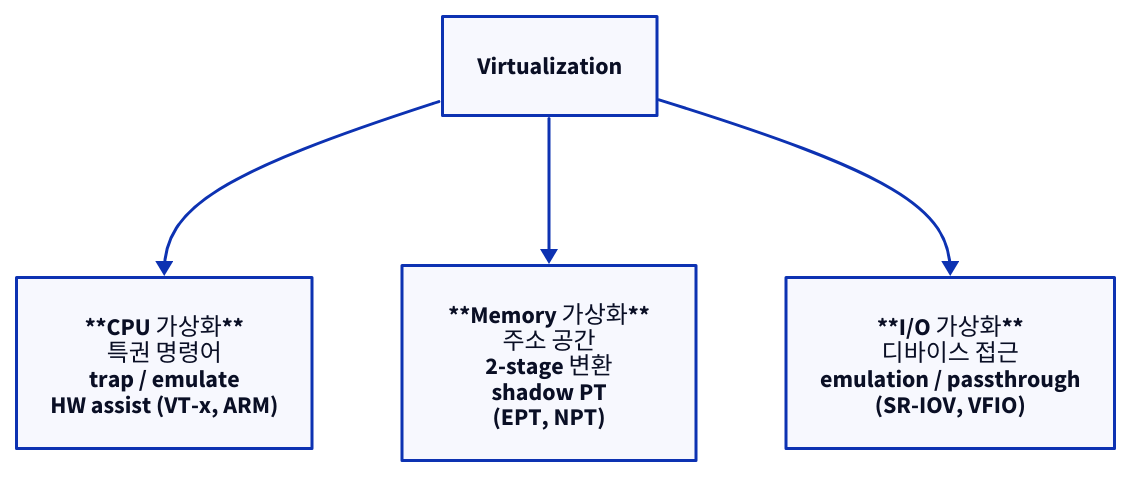
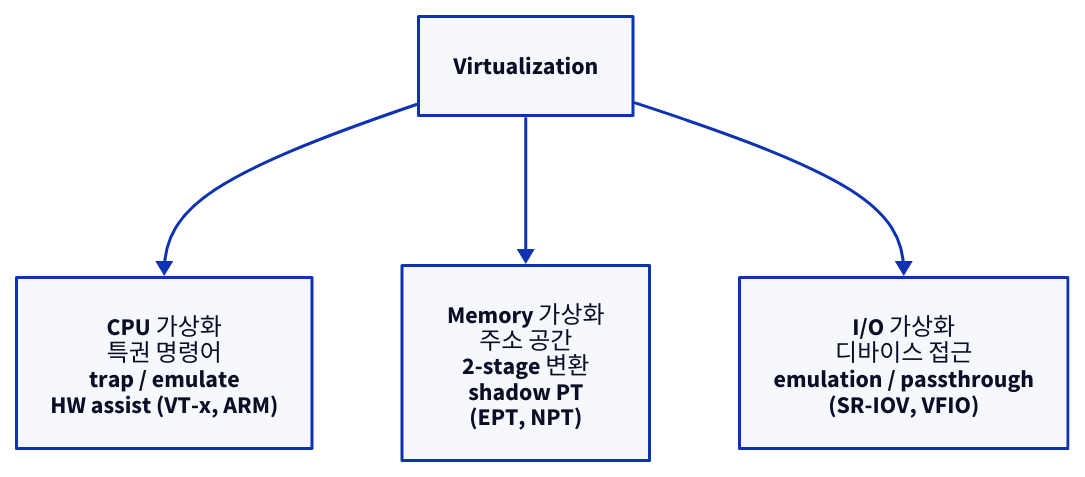
One commit to humbleowl39/DV_SKOOL changed the third of 7 diagrams in starlight_site/src/content/docs/virtualization/01_virtualization_fundamentals.md. Above: the diagram before and after it, drawn with D2. The commit also changed other lines of this file and 714 other files, not shown here.

First line of the commit message:
fix(site): d2 다이어그램 가독성 결함 6종 일괄 수정

````diff
--- a/starlight_site/src/content/docs/virtualization/01_virtualization_fundamentals.md
+++ b/starlight_site/src/content/docs/virtualization/01_virtualization_fundamentals.md
@@ -152,11 +152,11 @@
 ```d2
 direction: down
 
 V: "Virtualization"
-CPU: "**CPU 가상화**\n특권 명령어\ntrap / emulate\nHW assist (VT-x, ARM)"
-MEM: "**Memory 가상화**\n주소 공간\n2-stage 변환\nshadow PT\n(EPT, NPT)"
-IO: "**I/O 가상화**\n디바이스 접근\nemulation / passthrough\n(SR-IOV, VFIO)"
+CPU: "CPU 가상화\n특권 명령어\ntrap / emulate\nHW assist (VT-x, ARM)"
+MEM: "Memory 가상화\n주소 공간\n2-stage 변환\nshadow PT\n(EPT, NPT)"
+IO: "I/O 가상화\n디바이스 접근\nemulation / passthrough\n(SR-IOV, VFIO)"
 V -> CPU
 V -> MEM
 V -> IO
 ```
````
